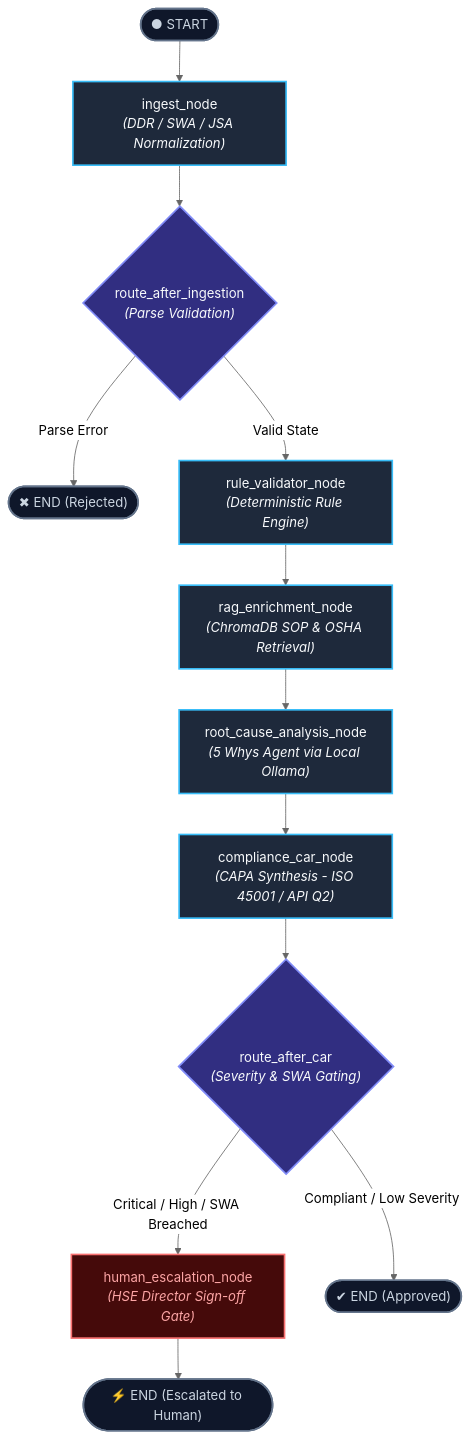
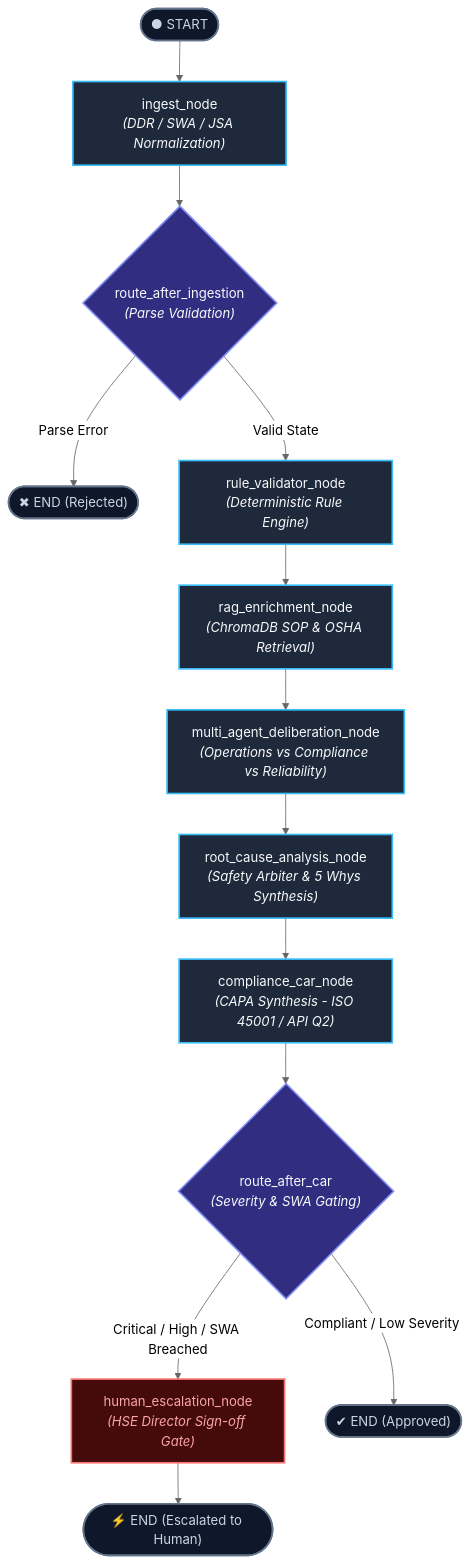
One commit to kirk-keel/safety-graph-orchestrator changed the diagram in README.md. Above: the diagram before and after it, drawn with Mermaid (neutral theme). The commit also changed other lines of this file and 18 other files, not shown here.

Commit message:
feat: implement multi-agent deliberation committee, SQLite durable checkpoints, and HTML report export

````diff
--- a/README.md
+++ b/README.md
@@ -25,31 +28,33 @@
 ```mermaid
 flowchart TD
     Start(["● START"]) --> IngestNode["ingest_node<br/><i>(DDR / SWA / JSA Normalization)</i>"]
     
     IngestNode --> RouteIngest{"route_after_ingestion<br/><i>(Parse Validation)</i>"}
     RouteIngest -->|Parse Error| EndFail(["✖ END (Rejected)"])
     RouteIngest -->|Valid State| RuleNode["rule_validator_node<br/><i>(Deterministic Rule Engine)</i>"]
     
     RuleNode --> RAGNode["rag_enrichment_node<br/><i>(ChromaDB SOP & OSHA Retrieval)</i>"]
     
-    RAGNode --> RCANode["root_cause_analysis_node<br/><i>(5 Whys Agent via Local Ollama)</i>"]
+    RAGNode --> DelibNode["multi_agent_deliberation_node<br/><i>(Operations vs Compliance vs Reliability)</i>"]
+    
+    DelibNode --> RCANode["root_cause_analysis_node<br/><i>(Safety Arbiter & 5 Whys Synthesis)</i>"]
     
     RCANode --> CARNode["compliance_car_node<br/><i>(CAPA Synthesis - ISO 45001 / API Q2)</i>"]
     
     CARNode --> RouteCAR{"route_after_car<br/><i>(Severity & SWA Gating)</i>"}
     
     RouteCAR -->|Critical / High / SWA Breached| HumanNode["human_escalation_node<br/><i>(HSE Director Sign-off Gate)</i>"]
     RouteCAR -->|Compliant / Low Severity| EndSuccess(["✔ END (Approved)"])
     
     HumanNode --> EndEscalated(["⚡ END (Escalated to Human)"])
 
     classDef primary fill:#1e293b,stroke:#38bdf8,stroke-width:2px,color:#f8fafc;
     classDef decision fill:#312e81,stroke:#818cf8,stroke-width:2px,color:#f8fafc;
     classDef terminal fill:#0f172a,stroke:#64748b,stroke-width:2px,color:#cbd5e1;
     classDef alert fill:#450a0a,stroke:#f87171,stroke-width:2px,color:#fca5a5;
 
-    class IngestNode,RuleNode,RAGNode,RCANode,CARNode primary;
+    class IngestNode,RuleNode,RAGNode,DelibNode,RCANode,CARNode primary;
     class RouteIngest,RouteCAR decision;
     class HumanNode alert;
     class Start,EndSuccess,EndFail,EndEscalated terminal;
 ```
````
